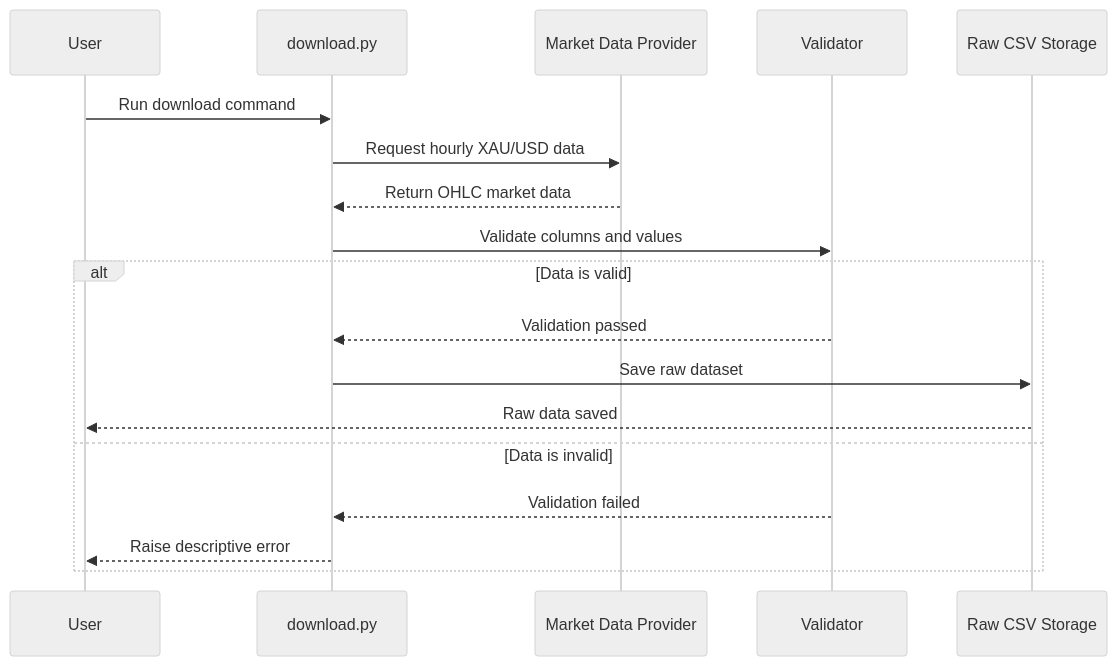
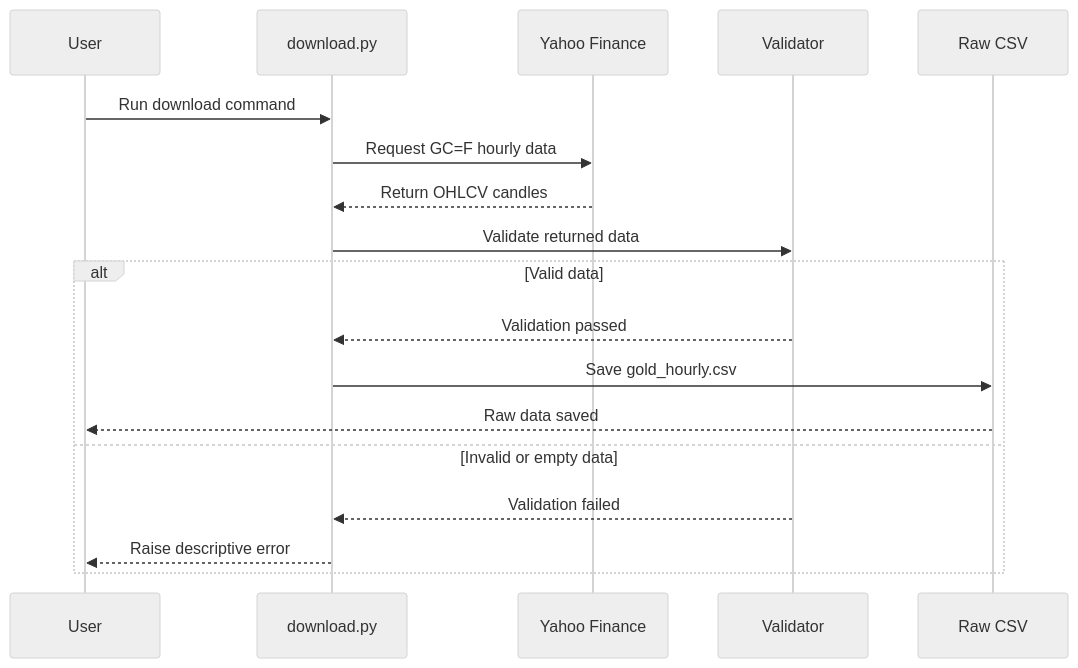
The third of 15 diagrams in docs/architecture.md (chauhanmuskan291980-wq/gold-price-direction-predictor), drawn with Mermaid (neutral theme) before and after one commit. The commit also changed other lines of this file and 2 other files, not shown here.

Commit message:
docs: align documentation with three-model architecture and updated API

````diff
--- a/docs/architecture.md
+++ b/docs/architecture.md
@@ -113,22 +175,22 @@
 ```mermaid
 sequenceDiagram
     participant User
     participant Download as download.py
-    participant Provider as Market Data Provider
+    participant Yahoo as Yahoo Finance
     participant Validator
-    participant Storage as Raw CSV Storage
+    participant Storage as Raw CSV
 
     User->>Download: Run download command
-    Download->>Provider: Request hourly XAU/USD data
-    Provider-->>Download: Return OHLC market data
-    Download->>Validator: Validate columns and values
+    Download->>Yahoo: Request GC=F hourly data
+    Yahoo-->>Download: Return OHLCV candles
+    Download->>Validator: Validate returned data
 
-    alt Data is valid
+    alt Valid data
         Validator-->>Download: Validation passed
-        Download->>Storage: Save raw dataset
+        Download->>Storage: Save gold_hourly.csv
         Storage-->>User: Raw data saved
-    else Data is invalid
+    else Invalid or empty data
         Validator-->>Download: Validation failed
         Download-->>User: Raise descriptive error
     end
 ```
````
